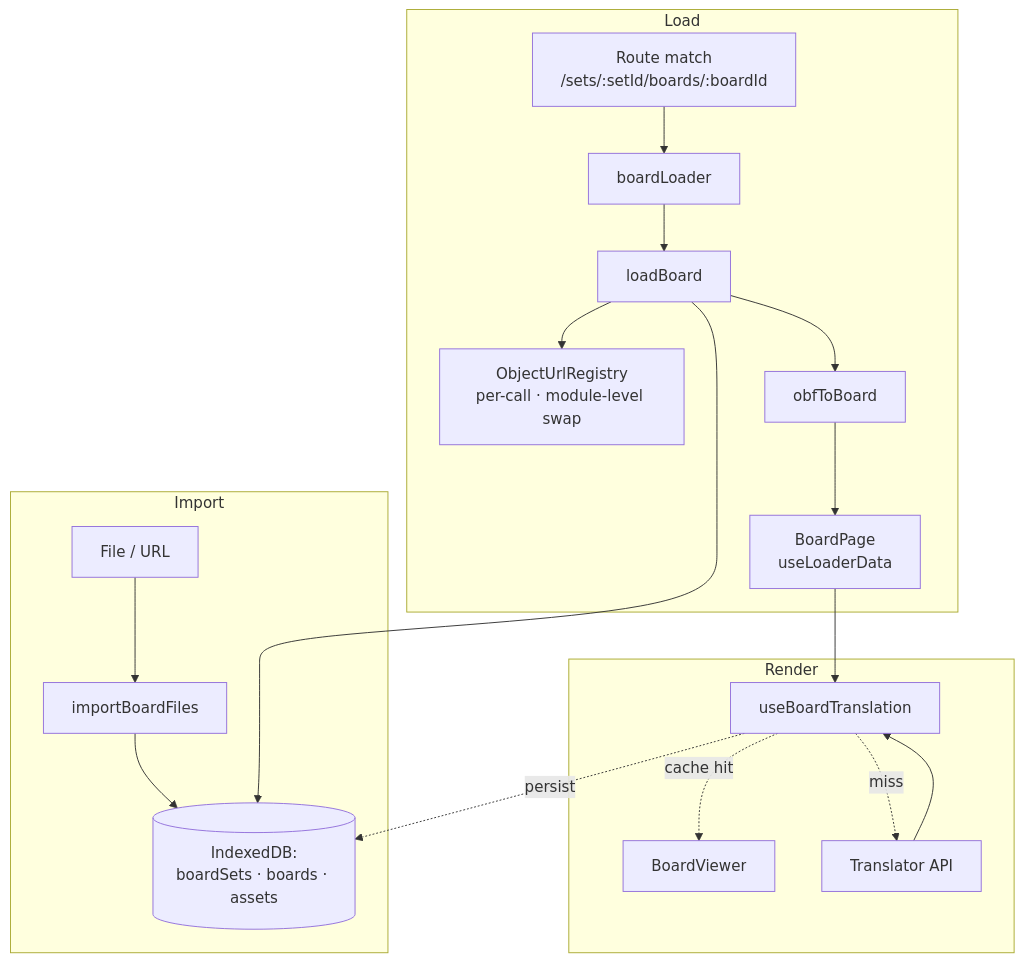
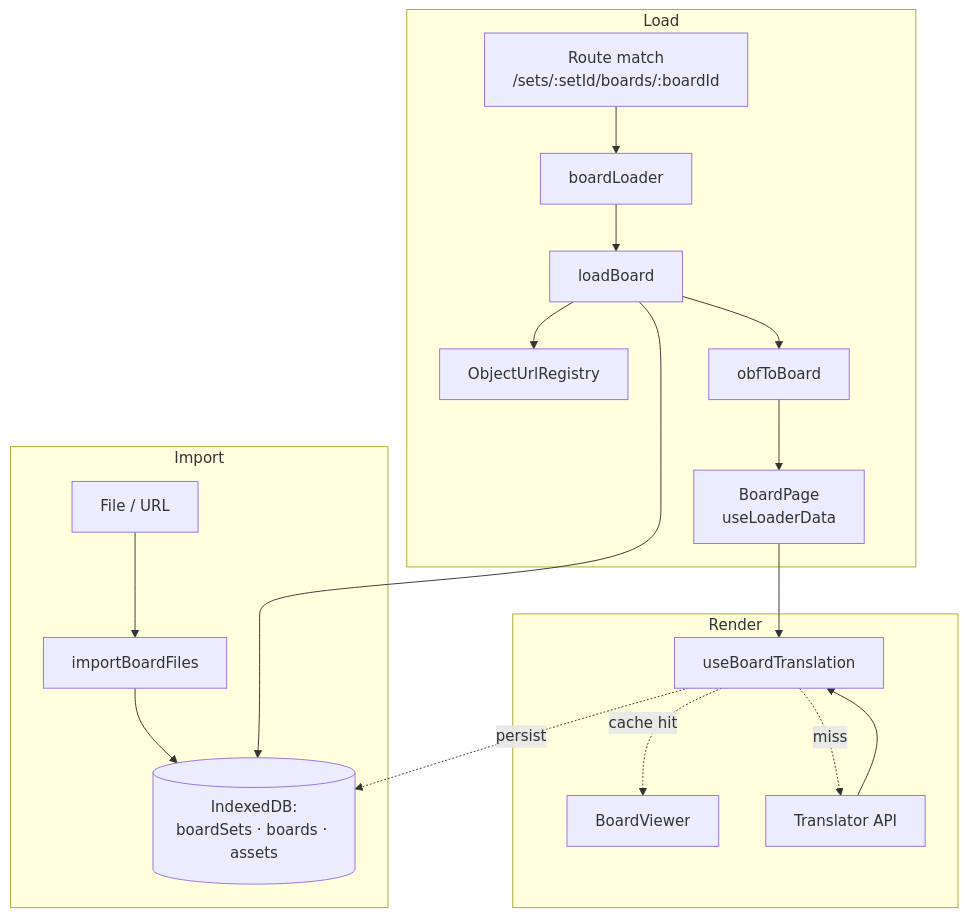
One commit to shayc/aac-board-ai changed the diagram in docs/architecture.md. Above: the diagram before and after it, drawn with Mermaid. The commit also changed other lines of this file, not shown here.

First line of the commit message:
docs: tighten architecture.md with registry abort, back-stack, and PWA/AI cache boundary

````diff
--- a/docs/architecture.md
+++ b/docs/architecture.md
@@ -61,24 +61,24 @@
 ```mermaid
 flowchart TD
   subgraph Import
     A[File / URL] --> B[importBoardFiles]
     B --> C[(IndexedDB:<br/>boardSets · boards · assets)]
   end
 
   subgraph Load
     R[Route match<br/>/sets/:setId/boards/:boardId] --> L[boardLoader]
     L --> Q[loadBoard]
     Q --> C
-    Q --> O[ObjectUrlRegistry<br/>per-call · module-level swap]
+    Q --> O[ObjectUrlRegistry]
     Q --> M[obfToBoard]
     M --> P[BoardPage<br/>useLoaderData]
   end
 
   subgraph Render
     P --> T[useBoardTranslation]
     T -. cache hit .-> V[BoardViewer]
     T -. miss .-> X[Translator API]
     X --> T
     T -. persist .-> C
   end
 ```
````
